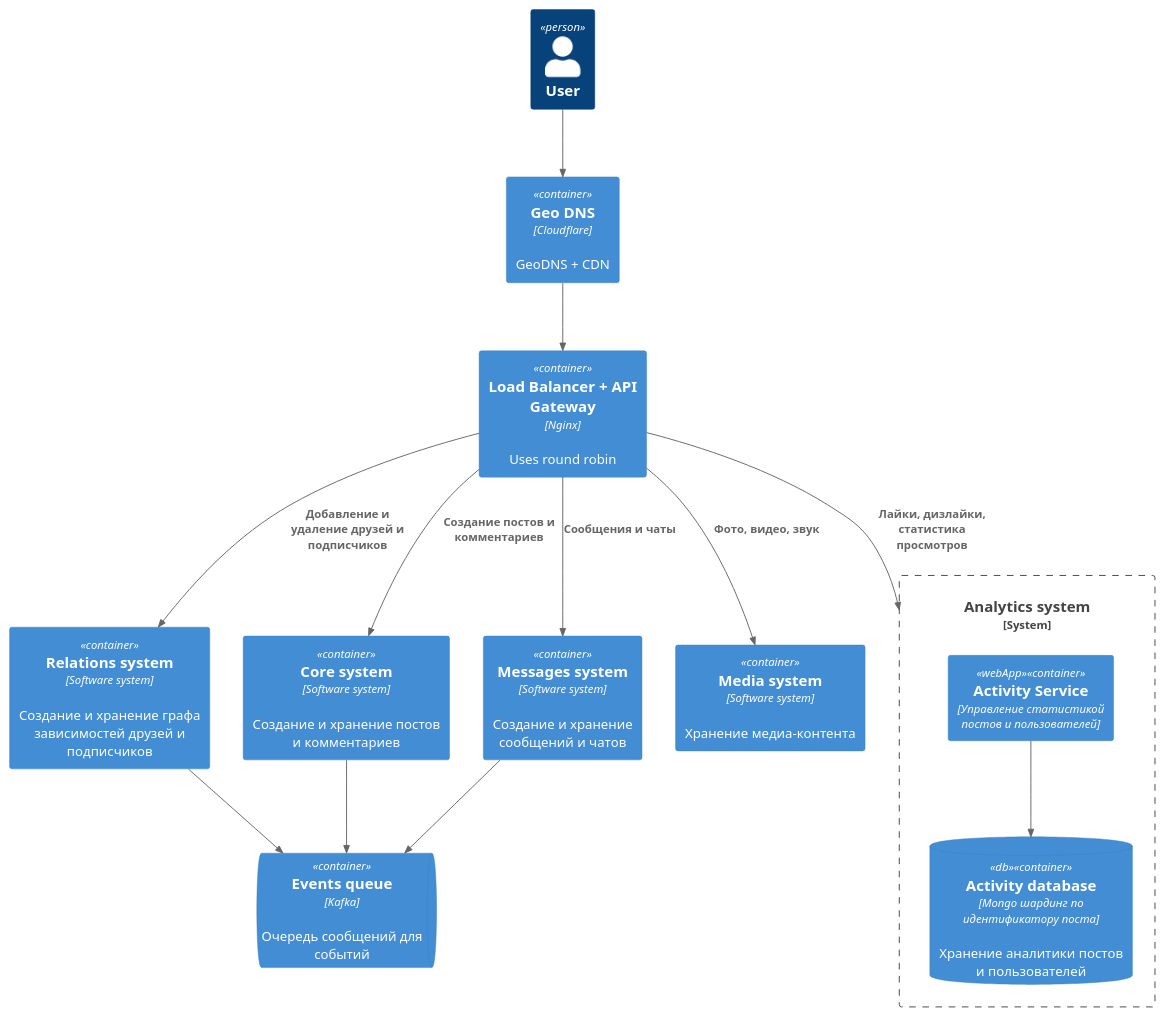
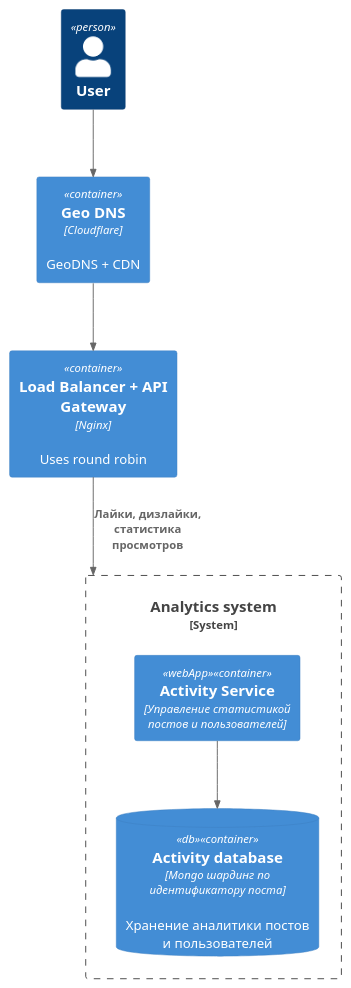
Before and after one commit to ostart/social_network_system_design: the diagram in architecture/analytics_system/container.puml, drawn with PlantUML. The commit also changed 9 other files, not shown here.

```diff
--- a/architecture/analytics_system/container.puml
+++ b/architecture/analytics_system/container.puml
@@ -1,29 +1,17 @@
 @startuml
 !include https://raw.githubusercontent.com/plantuml-stdlib/C4-PlantUML/master/C4_Container.puml
 
 Person(user, "User")
 Container(geoDns, "Geo DNS", "Cloudflare", "GeoDNS + CDN")
 Container(loadBalancer, "Load Balancer + API Gateway", "Nginx", "Uses round robin")
-ContainerQueue(messageQueue, "Events queue", "Kafka", "Очередь сообщений для событий")
 
-Container(relationsSystem, "Relations system", "Software system", "Создание и хранение графа зависимостей друзей и подписчиков")
-Container(coreSystem, "Core system", "Software system", "Создание и хранение постов и комментариев")
-Container(messagesSystem, "Messages system", "Software system", "Создание и хранение сообщений и чатов")
 System_Boundary(analyticsSystem, "Analytics system") {
     Container(activityService, "Activity Service", "Управление статистикой постов и пользователей", $tags="webApp")
     ContainerDb(activityDatabase, "Activity database", "Mongo шардинг по идентификатору поста", "Хранение аналитики постов и пользователей",  $tags="db")
 }
-Container(mediaSystem, "Media system", "Software system", "Хранение медиа-контента")
 
 Rel(user, geoDns, "")
 Rel(geoDns, loadBalancer, "")
-Rel(loadBalancer, relationsSystem, "Добавление и удаление друзей и подписчиков")
-Rel(loadBalancer, coreSystem, "Создание постов и комментариев")
 Rel(loadBalancer, analyticsSystem, "Лайки, дизлайки, статистика просмотров")
-Rel(loadBalancer, messagesSystem, "Сообщения и чаты")
-Rel(loadBalancer, mediaSystem, "Фото, видео, звук")
-Rel(relationsSystem, messageQueue, "")
-Rel(coreSystem, messageQueue, "")
-Rel(messagesSystem, messageQueue, "")
 Rel(activityService, activityDatabase, "")
 @enduml
```
